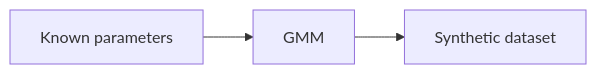
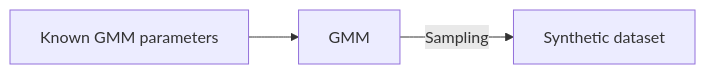
The second of 3 diagrams in README.md (GustavoRodovalho/SynthDataGen), drawn with Mermaid before and after one commit. The commit also changed other lines of this file, not shown here.

````diff
--- a/README.md
+++ b/README.md
@@ -15,5 +18,5 @@
 ```mermaid
 flowchart LR
-    D[Known parameters] --> E[GMM]
-    E --> F[Synthetic dataset]
+    G[Known GMM parameters] --> H[GMM]
+    H --> |Sampling| I[Synthetic dataset]
 ```
````
